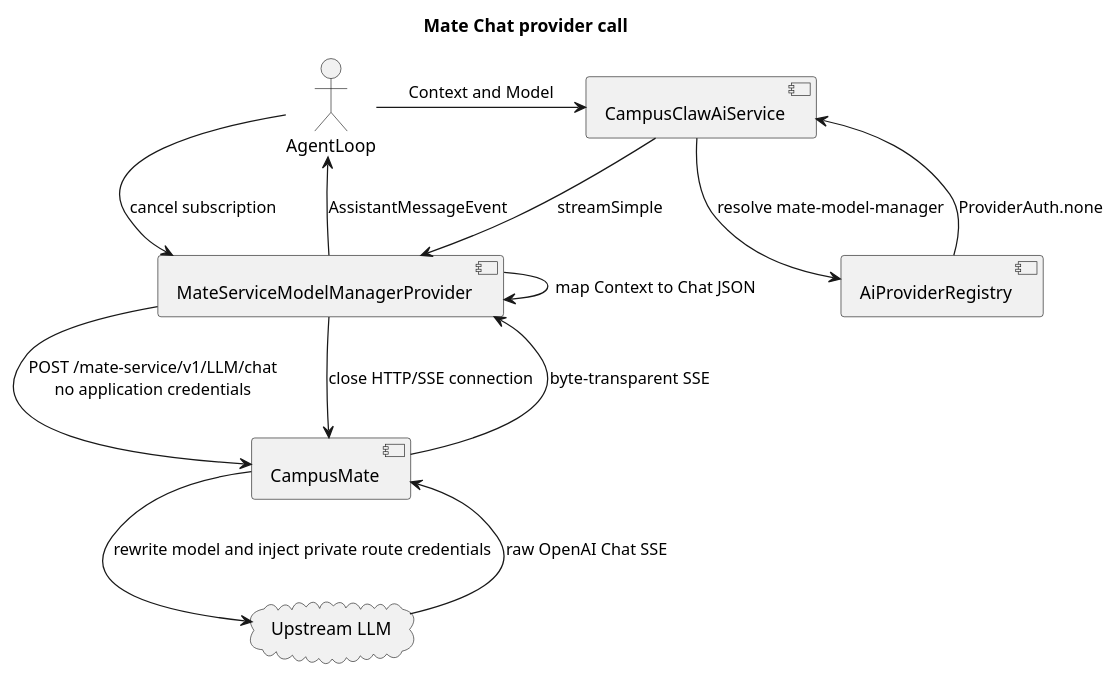
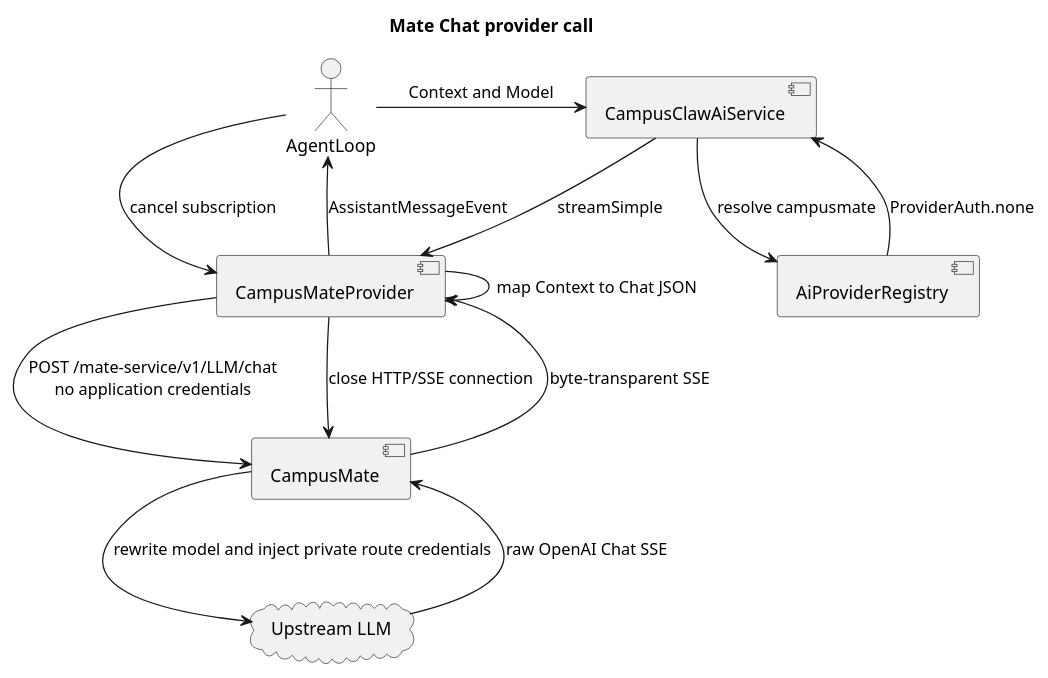
Before and after one commit to 2862282695gjh-afk/pi-mono-java: the first of 2 diagrams in docs/designs/model-manager-chat-v2/diagram.puml, drawn with PlantUML. The commit also changed 85 other files, not shown here.

Commit message:
feat(ai): 收敛 CampusMate 模型调用

```diff
--- a/docs/designs/model-manager-chat-v2/diagram.puml
+++ b/docs/designs/model-manager-chat-v2/diagram.puml
@@ -1,31 +1,32 @@
 @startuml model_manager_chat_call
-' Source baseline: pi-mono-java 0d7a12e1dd89eed52f6e12db717fd5703b6b2125.
+' Implementation starting point: pi-mono-java 29ebec6a8cad99896414211cda28c6fffec71bee.
 ' Source evidence: modules/ai/src/main/java/com/campusclaw/ai/CampusClawAiService.java, CampusClawAiService.streamSimple.
-' Source evidence: modules/ai/src/main/java/com/campusclaw/ai/provider/mate/MateServiceModelManagerProvider.java, streamSimple.
+' Observed source: modules/ai/src/main/java/com/campusclaw/ai/provider/mate/MateServiceModelManagerProvider.java, streamSimple.
+' This change: modules/ai/src/main/java/com/campusclaw/ai/provider/mate/CampusMateProvider.java, streamSimple.
 ' Source evidence: modules/ai/src/main/java/com/campusclaw/ai/provider/mate/MateChatRequestMapper.java, map.
 ' Source evidence: modules/ai/src/main/java/com/campusclaw/ai/provider/mate/MateChatSseParser.java, accept.
-' Observed behavior: the merged baseline routes legacy providers by Api and has no Mate Chat provider.
-' Architecture change: managed providers are keyed by ProviderId and take precedence over legacy Api routing.
-' Product constraint: CampusClaw calls the five Model Manager operations without application credentials.
+' Observed behavior: the starting point routes Mate Chat through the mate-model-manager identity and retains vendor Api adapters.
+' Architecture change: the product default uses the campusmate ProviderId and removes vendor Api adapters.
+' Product constraint: CampusClaw calls the CampusMate Chat operation without application credentials.
 ' Security hardening: only Mate owns upstream endpoints, model identifiers, credentials, and controlled headers.
 title Mate Chat provider call
 actor AgentLoop
 component CampusClawAiService
 component AiProviderRegistry
-component MateServiceModelManagerProvider
+component CampusMateProvider
 component CampusMate
 cloud "Upstream LLM" as Upstream
 
 AgentLoop -> CampusClawAiService: Context and Model
-CampusClawAiService -> AiProviderRegistry: resolve mate-model-manager
+CampusClawAiService -> AiProviderRegistry: resolve campusmate
 AiProviderRegistry --> CampusClawAiService: ProviderAuth.none
-CampusClawAiService -> MateServiceModelManagerProvider: streamSimple
-MateServiceModelManagerProvider -> MateServiceModelManagerProvider: map Context to Chat JSON
-MateServiceModelManagerProvider -> CampusMate: POST /mate-service/v1/LLM/chat\nno application credentials
+CampusClawAiService -> CampusMateProvider: streamSimple
+CampusMateProvider -> CampusMateProvider: map Context to Chat JSON
+CampusMateProvider -> CampusMate: POST /mate-service/v1/LLM/chat\nno application credentials
 CampusMate -> Upstream: rewrite model and inject private route credentials
 Upstream --> CampusMate: raw OpenAI Chat SSE
-CampusMate --> MateServiceModelManagerProvider: byte-transparent SSE
-MateServiceModelManagerProvider --> AgentLoop: AssistantMessageEvent
-AgentLoop -> MateServiceModelManagerProvider: cancel subscription
-MateServiceModelManagerProvider -> CampusMate: close HTTP/SSE connection
+CampusMate --> CampusMateProvider: byte-transparent SSE
+CampusMateProvider --> AgentLoop: AssistantMessageEvent
+AgentLoop -> CampusMateProvider: cancel subscription
+CampusMateProvider -> CampusMate: close HTTP/SSE connection
 @enduml
```
